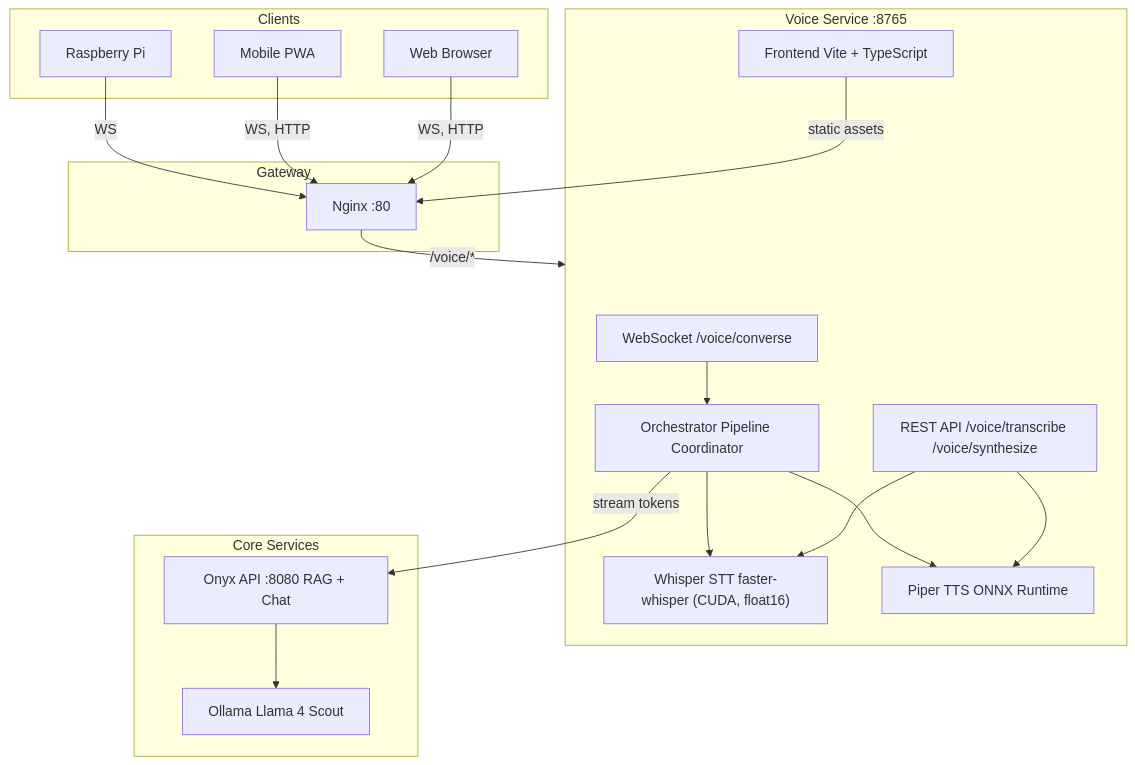
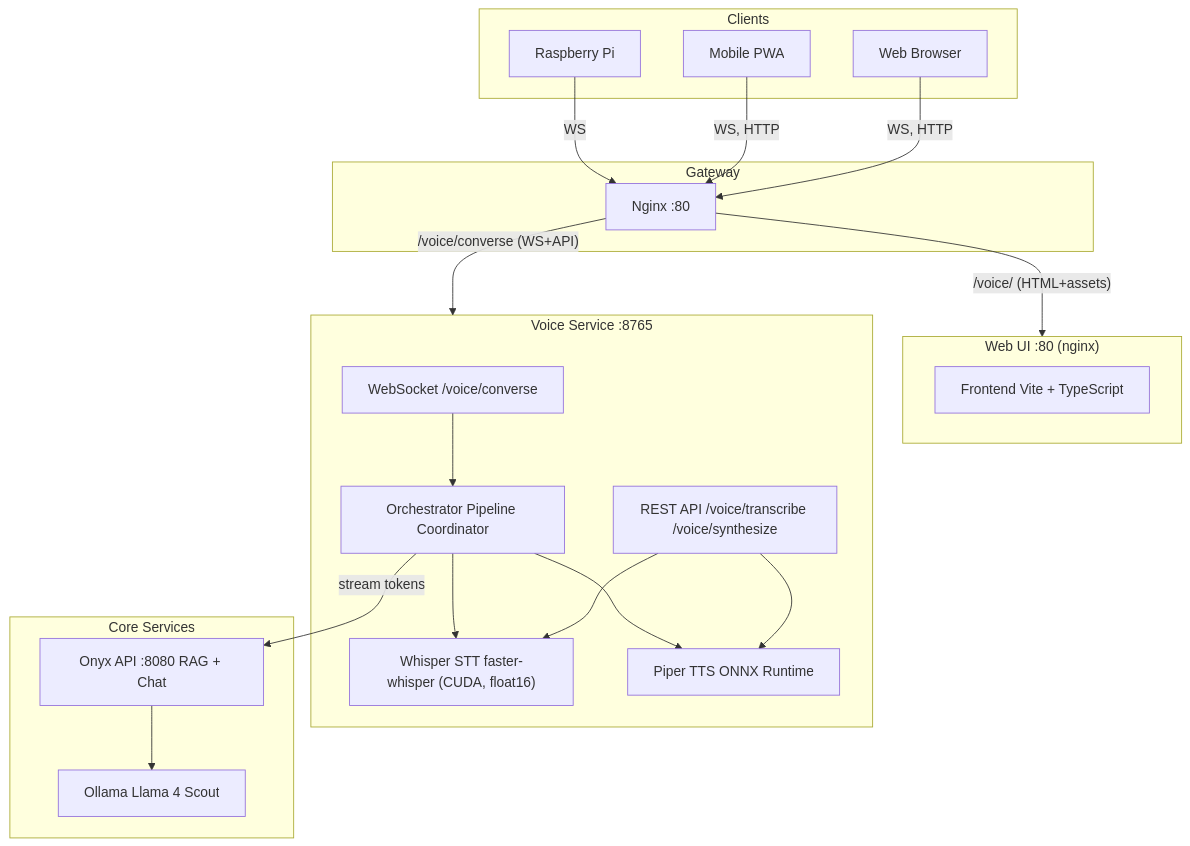
The first of 2 diagrams in services/voice/README.md (migcruz/ai_home_assistant), drawn with Mermaid before and after one commit. The commit also changed other lines of this file and 24 other files, not shown here.

````diff
--- a/services/voice/README.md
+++ b/services/voice/README.md
@@ -11,40 +11,43 @@
 ```mermaid
 graph TB
     subgraph Clients
         Browser["Web Browser"]
         PWA["Mobile PWA"]
         Pi["Raspberry Pi"]
     end
 
     subgraph Gateway
         Nginx["Nginx :80"]
     end
 
+    subgraph WebUI["Web UI :80 (nginx)"]
+        FE["Frontend Vite + TypeScript"]
+    end
+
     subgraph VoiceService["Voice Service :8765"]
         WS["WebSocket /voice/converse"]
         REST["REST API /voice/transcribe /voice/synthesize"]
         Orch["Orchestrator Pipeline Coordinator"]
         STT["Whisper STT faster-whisper (CUDA, float16)"]
         TTS["Piper TTS ONNX Runtime"]
-        FE["Frontend Vite + TypeScript"]
     end
 
     subgraph Core["Core Services"]
         OnyxAPI["Onyx API :8080 RAG + Chat"]
         Ollama["Ollama Llama 4 Scout"]
     end
 
     Browser -->|"WS, HTTP"| Nginx
     PWA -->|"WS, HTTP"| Nginx
     Pi -->|"WS"| Nginx
-    Nginx -->|"/voice/*"| VoiceService
+    Nginx -->|"/voice/ (HTML+assets)"| WebUI
+    Nginx -->|"/voice/converse (WS+API)"| VoiceService
 
     WS --> Orch
     REST --> STT
     REST --> TTS
     Orch --> STT
     Orch -->|"stream tokens"| OnyxAPI
     Orch --> TTS
     OnyxAPI --> Ollama
-    FE -->|"static assets"| Nginx
 ```
````
